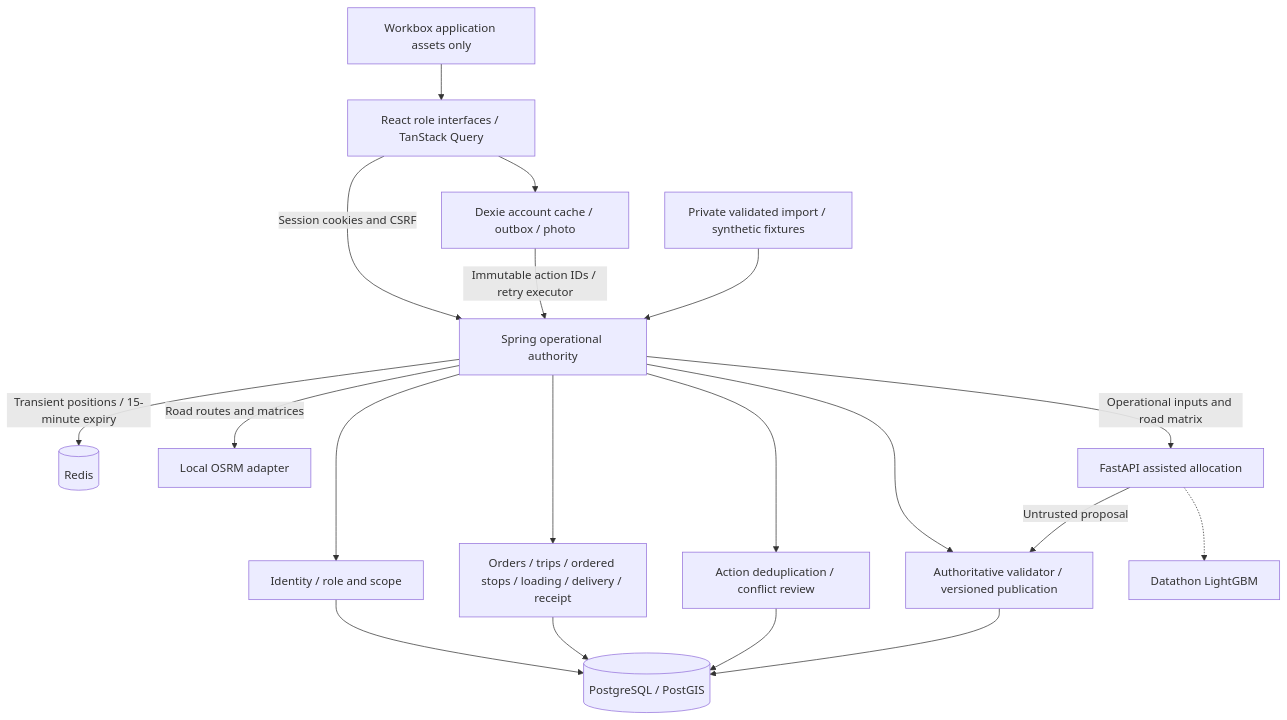
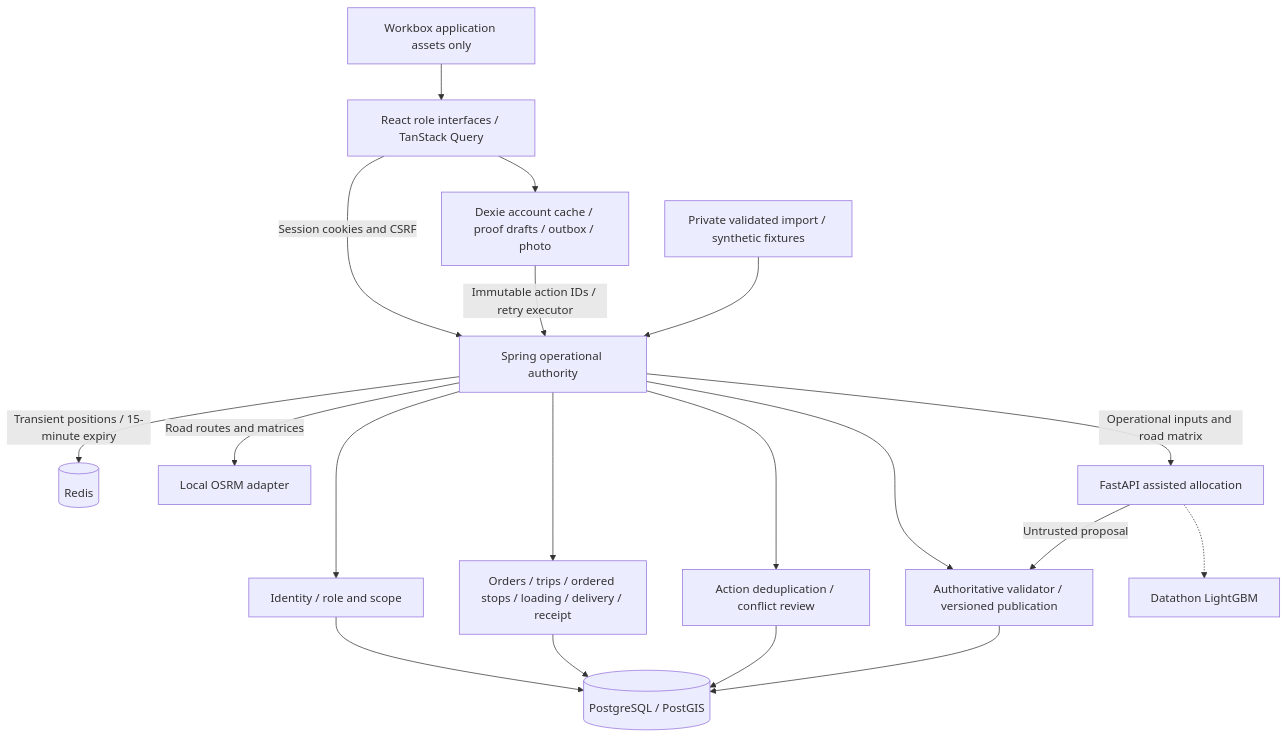
Before and after one commit to Geemal2004/Waypoint-Group: the diagram in docs/architecture.md, drawn with Mermaid. The commit also changed 3 other files, not shown here.

````diff
--- a/docs/architecture.md
+++ b/docs/architecture.md
@@ -3,21 +3,21 @@
 ```mermaid
 flowchart TD
   UI[React role interfaces / TanStack Query] -->|Session cookies and CSRF| Core[Spring operational authority]
-  UI --> Local[Dexie account cache / outbox / photo]
+  UI --> Local[Dexie account cache / proof drafts / outbox / photo]
   Local -->|Immutable action IDs / retry executor| Core
   SW[Workbox application assets only] --> UI
   Core --> Identity[Identity / role and scope]
   Core --> Workflow[Orders / trips / ordered stops / loading / delivery / receipt]
   Core --> Validator[Authoritative validator / versioned publication]
   Core --> Sync[Action deduplication / conflict review]
   Identity --> DB[(PostgreSQL / PostGIS)]
   Workflow --> DB
   Sync --> DB
   Seed[Private validated import / synthetic fixtures] --> Core
   Core -->|Transient positions / 15-minute expiry| Redis[(Redis)]
   Core -->|Road routes and matrices| OSRM[Local OSRM adapter]
   Core -->|Operational inputs and road matrix| Python[FastAPI assisted allocation]
   Python -->|Untrusted proposal| Validator
   Validator --> DB
   Python -.-> ML[Datathon LightGBM]
 ```
````
